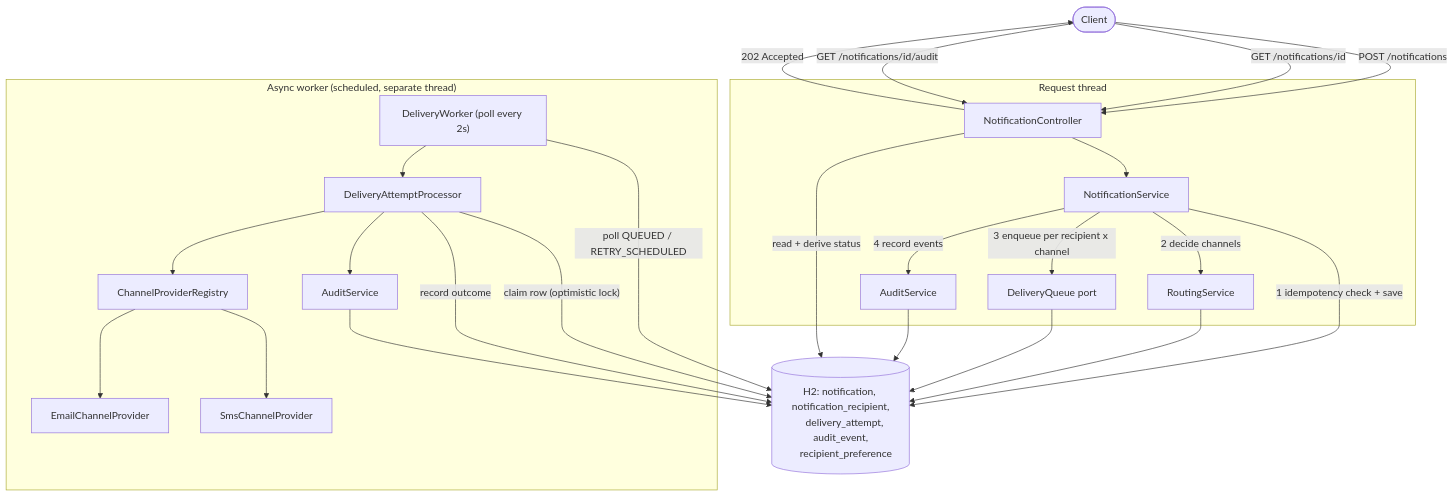
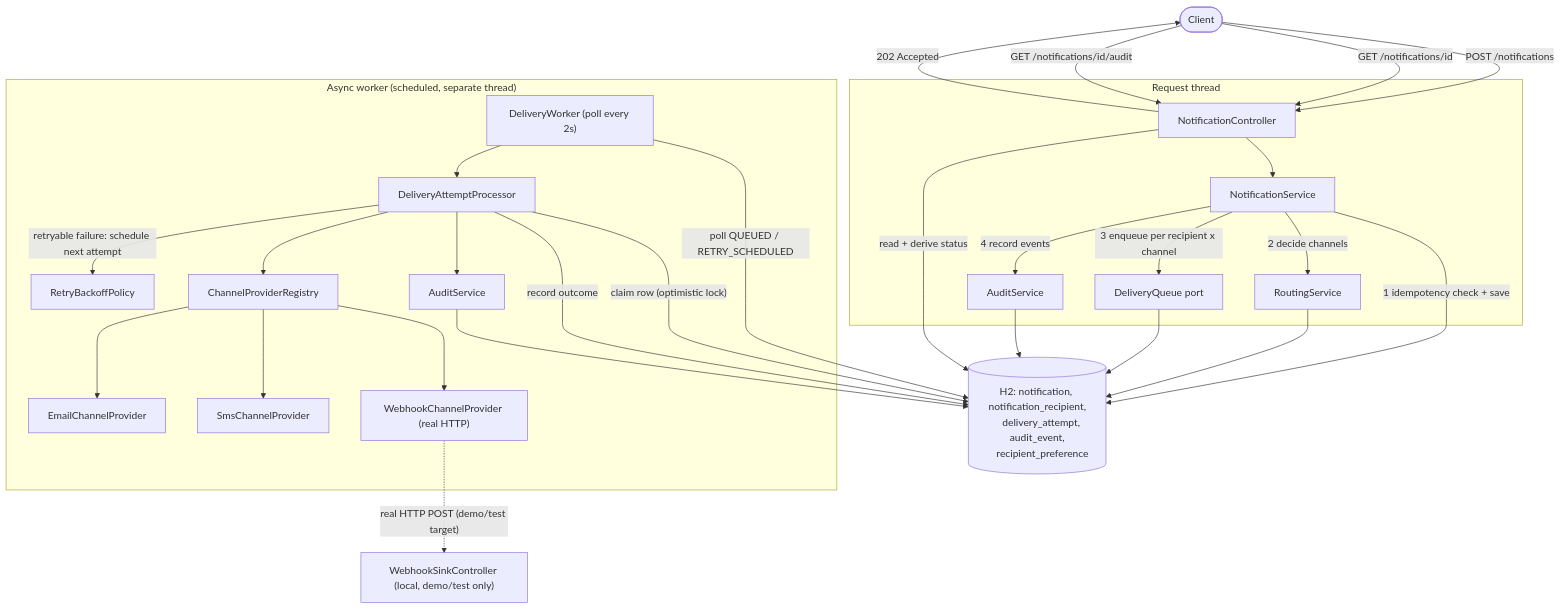
The diagram in ARCHITECTURE.md (Sudhakar1010/notification-management-service), drawn with Mermaid before and after one commit. The commit also changed other lines of this file and 16 other files, not shown here.

First line of the commit message:
Implement brownfield enhancement: retry/backoff, webhook channel, provider refactor

````diff
--- a/ARCHITECTURE.md
+++ b/ARCHITECTURE.md
@@ -32,43 +36,49 @@
 ```mermaid
 flowchart TB
     Client([Client])
 
     subgraph Request thread
         Controller[NotificationController]
         NS[NotificationService]
         RS[RoutingService]
         DQ[DeliveryQueue port]
         AS1[AuditService]
     end
 
     subgraph "Async worker (scheduled, separate thread)"
         DW["DeliveryWorker (poll every 2s)"]
         DAP[DeliveryAttemptProcessor]
+        RBP[RetryBackoffPolicy]
         CPR[ChannelProviderRegistry]
         EP[EmailChannelProvider]
         SP[SmsChannelProvider]
+        WP["WebhookChannelProvider (real HTTP)"]
         AS2[AuditService]
     end
+
+    Sink["WebhookSinkController (local, demo/test only)"]
 
     DB[(H2: notification, notification_recipient,
     delivery_attempt, audit_event,
     recipient_preference)]
 
     Client -->|"POST /notifications"| Controller --> NS
     NS -->|"1 idempotency check + save"| DB
     NS -->|"2 decide channels"| RS --> DB
     NS -->|"3 enqueue per recipient x channel"| DQ --> DB
     NS -->|"4 record events"| AS1 --> DB
     Controller -->|"202 Accepted"| Client
 
     DW -->|"poll QUEUED / RETRY_SCHEDULED"| DB
     DW --> DAP
     DAP -->|"claim row (optimistic lock)"| DB
-    DAP --> CPR --> EP & SP
+    DAP --> CPR --> EP & SP & WP
+    WP -.->|"real HTTP POST (demo/test target)"| Sink
+    DAP -->|"retryable failure: schedule next attempt"| RBP
     DAP -->|"record outcome"| DB
     DAP --> AS2 --> DB
 
     Client -->|"GET /notifications/id"| Controller
     Client -->|"GET /notifications/id/audit"| Controller
     Controller -->|"read + derive status"| DB
 ```
````
